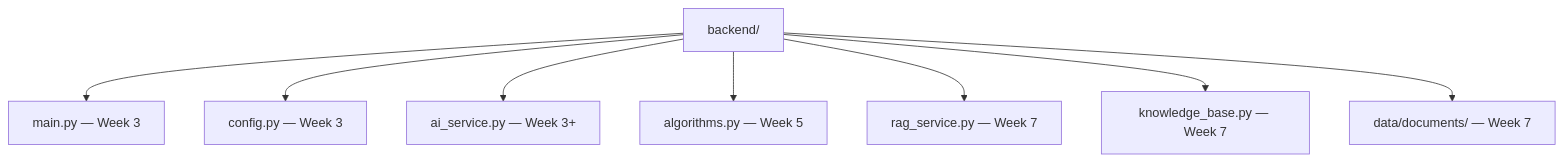
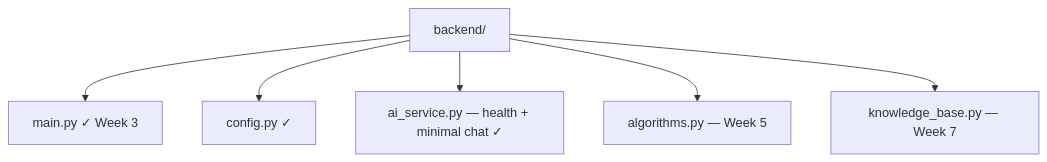
One commit to hodncgi/AMS changed the diagram in backend/README.md. Above: the diagram before and after it, drawn with Mermaid. The commit also changed other lines of this file and 17 other files, not shown here.

Commit message:
Week 3: FastAPI with GET /health and minimal POST /chat.

````diff
--- a/backend/README.md
+++ b/backend/README.md
@@ -7,10 +31,8 @@
 ```mermaid
 flowchart TB
-    ROOT[backend/] --> MAIN[main.py — Week 3]
-    ROOT --> CFG[config.py — Week 3]
-    ROOT --> AI[ai_service.py — Week 3+]
+    ROOT[backend/] --> MAIN[main.py ✓ Week 3]
+    ROOT --> CFG[config.py ✓]
+    ROOT --> AI[ai_service.py — health + minimal chat ✓]
     ROOT --> ALG[algorithms.py — Week 5]
-    ROOT --> RAG[rag_service.py — Week 7]
     ROOT --> KB[knowledge_base.py — Week 7]
-    ROOT --> DATA[data/documents/ — Week 7]
 ```
````
